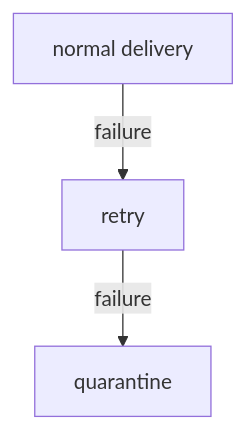
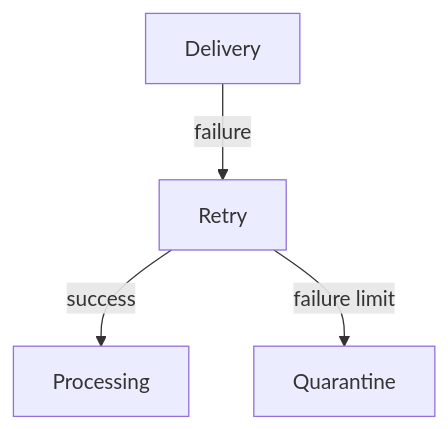
The third of 4 diagrams in docs/MESSAGING.md (danielsabatini/smarkee), drawn with Mermaid before and after one commit. The commit also changed other lines of this file, not shown here.

````diff
--- a/docs/MESSAGING.md
+++ b/docs/MESSAGING.md
@@ -607,5 +1016,6 @@
 ```mermaid
 graph TD
-    A[normal delivery] -->|failure| B[retry]
-    B -->|failure| C[quarantine]
+    A[Delivery] -->|failure| B[Retry]
+    B -->|success| C[Processing]
+    B -->|failure limit| D[Quarantine]
 ```
````
